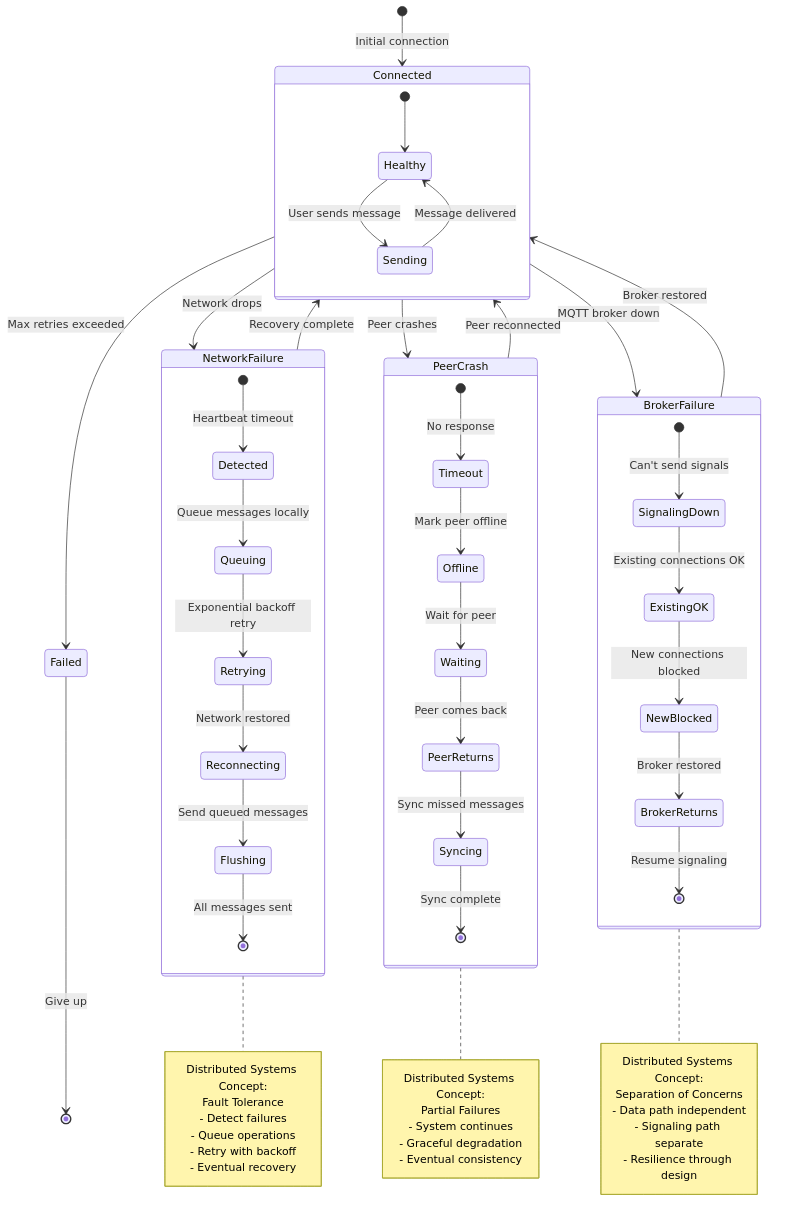
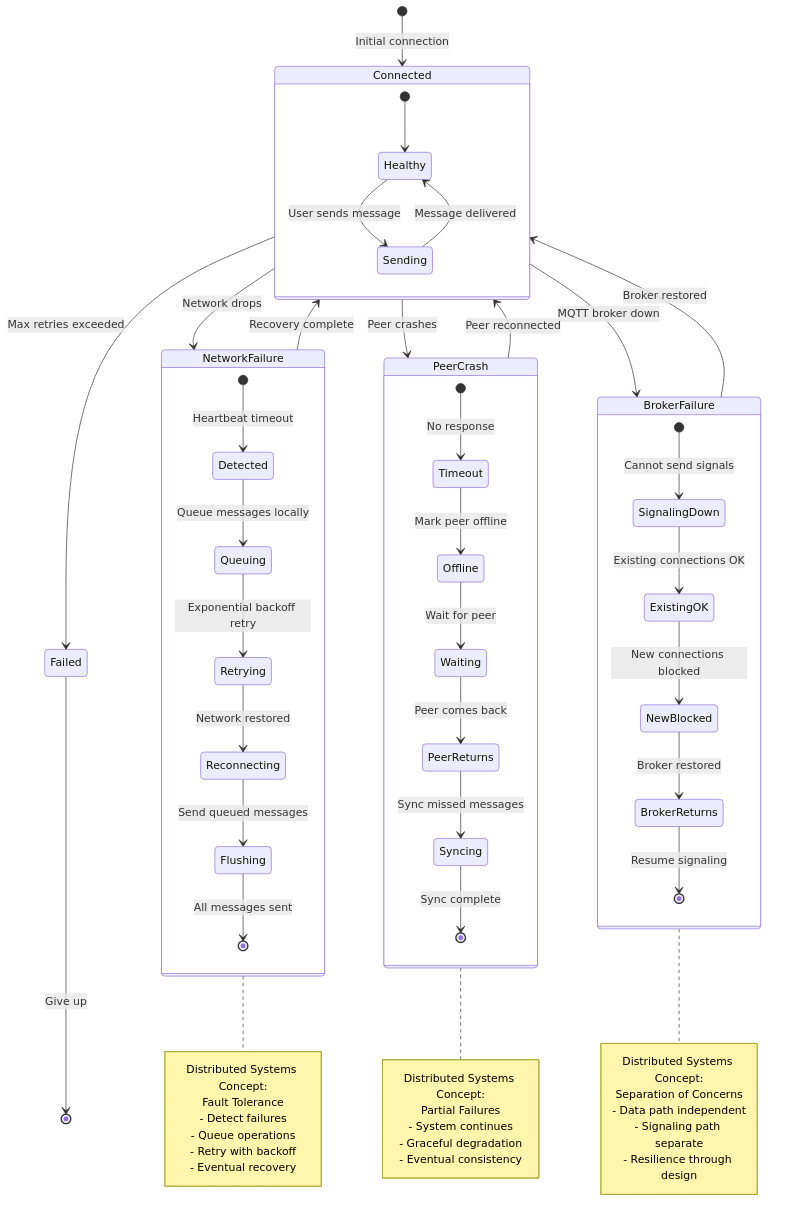
The fourth of 10 diagrams in reference_docs/DISTRIBUTED_SYSTEMS_DIAGRAMS.md (amr-kasem/distributed-systems-react-chat-peer), drawn with Mermaid before and after one commit. The commit also changed 1 other file, not shown here.

Commit message:
solved issues with diagrams

````diff
--- a/reference_docs/DISTRIBUTED_SYSTEMS_DIAGRAMS.md
+++ b/reference_docs/DISTRIBUTED_SYSTEMS_DIAGRAMS.md
@@ -231,72 +231,72 @@
 ```mermaid
 stateDiagram-v2
     [*] --> Connected: Initial connection
     
     state Connected {
         [*] --> Healthy
         Healthy --> Sending: User sends message
         Sending --> Healthy: Message delivered
     }
     
     Connected --> NetworkFailure: Network drops
     Connected --> PeerCrash: Peer crashes
     Connected --> BrokerFailure: MQTT broker down
     
     state NetworkFailure {
         [*] --> Detected: Heartbeat timeout
         Detected --> Queuing: Queue messages locally
         Queuing --> Retrying: Exponential backoff retry
         Retrying --> Reconnecting: Network restored
         Reconnecting --> Flushing: Send queued messages
         Flushing --> [*]: All messages sent
     }
     
     state PeerCrash {
         [*] --> Timeout: No response
         Timeout --> Offline: Mark peer offline
         Offline --> Waiting: Wait for peer
         Waiting --> PeerReturns: Peer comes back
         PeerReturns --> Syncing: Sync missed messages
         Syncing --> [*]: Sync complete
     }
     
     state BrokerFailure {
-        [*] --> SignalingDown: Can't send signals
+        [*] --> SignalingDown: Cannot send signals
         SignalingDown --> ExistingOK: Existing connections OK
         ExistingOK --> NewBlocked: New connections blocked
         NewBlocked --> BrokerReturns: Broker restored
         BrokerReturns --> [*]: Resume signaling
     }
     
     NetworkFailure --> Connected: Recovery complete
     PeerCrash --> Connected: Peer reconnected
     BrokerFailure --> Connected: Broker restored
     
     Connected --> Failed: Max retries exceeded
     Failed --> [*]: Give up
     
     note right of NetworkFailure
         Distributed Systems Concept:
         Fault Tolerance
         - Detect failures
         - Queue operations
         - Retry with backoff
         - Eventual recovery
     end note
     
     note right of PeerCrash
         Distributed Systems Concept:
         Partial Failures
         - System continues
         - Graceful degradation
         - Eventual consistency
     end note
     
     note right of BrokerFailure
         Distributed Systems Concept:
         Separation of Concerns
         - Data path independent
         - Signaling path separate
         - Resilience through design
     end note
 ```
````
